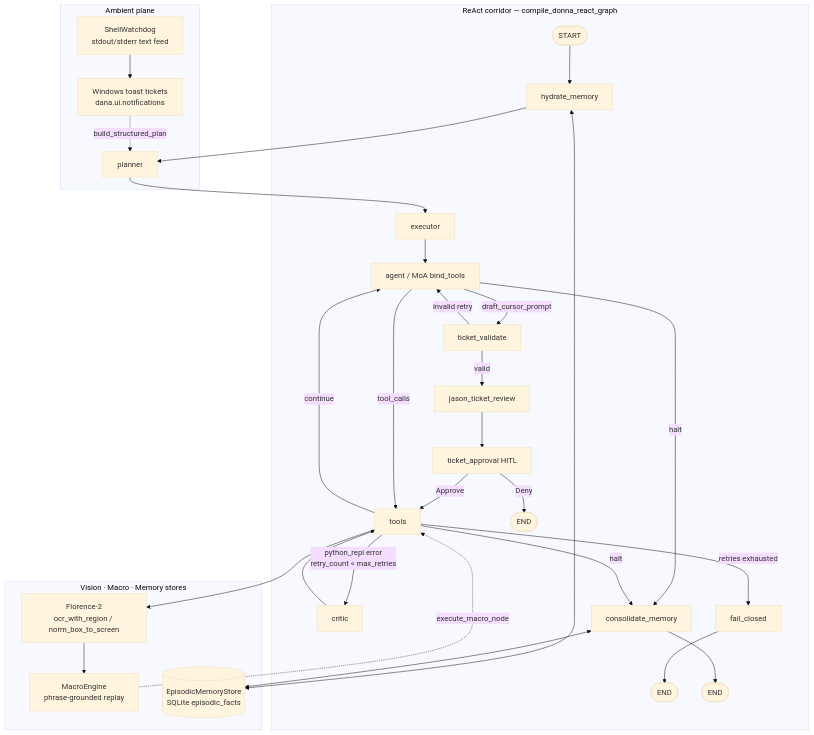
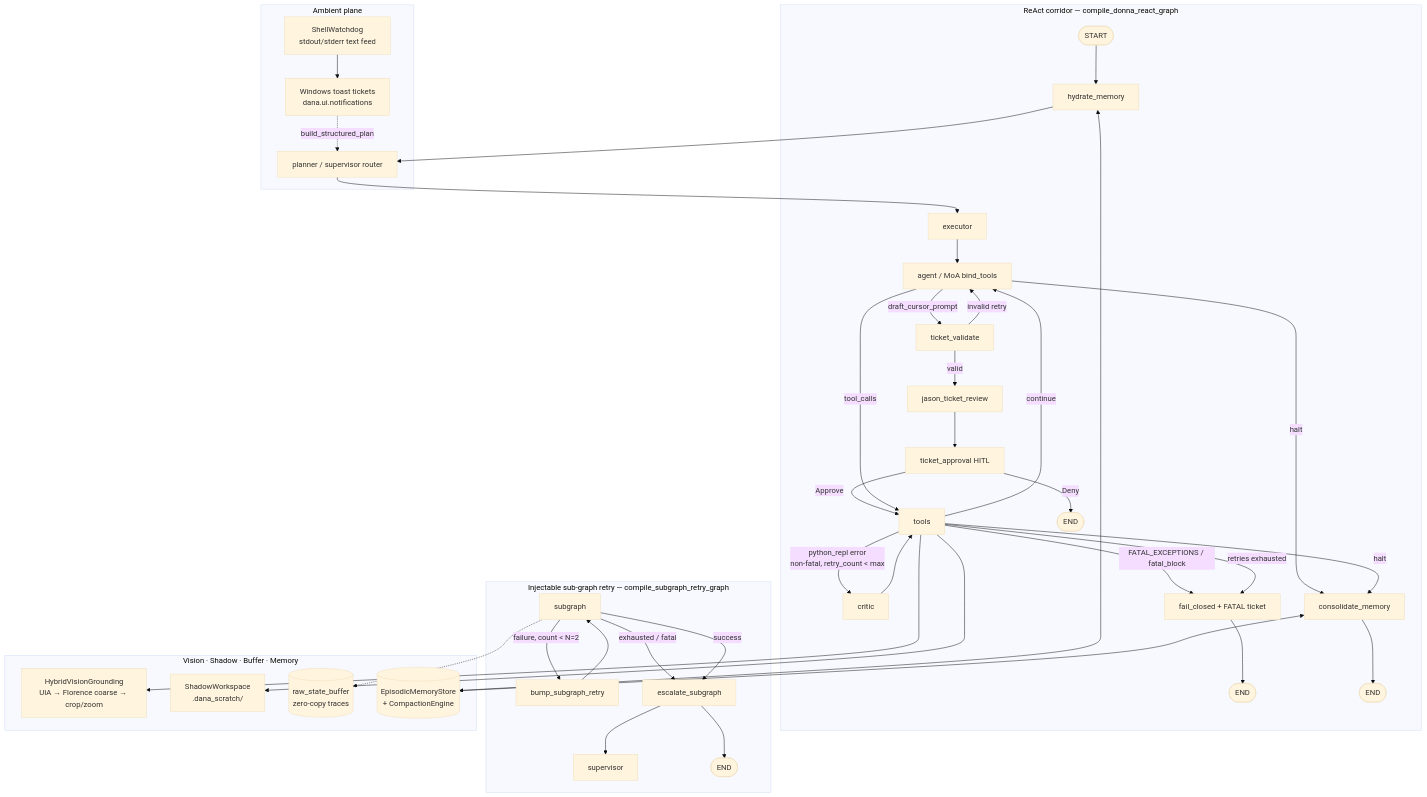
The diagram in docs/WHITE_PAPER.md (Cascade-Router/Dana), drawn with Mermaid (base theme) before and after one commit. The commit also changed other lines of this file and 3 other files, not shown here.

Commit message:
docs: update architectural white paper and README with 5-phase hardening specs and OSWorld benchmarks

````diff
--- a/docs/WHITE_PAPER.md
+++ b/docs/WHITE_PAPER.md
@@ -55,48 +64,60 @@
 ```mermaid
 flowchart TB
   subgraph Ambient["Ambient plane"]
     WD[ShellWatchdog<br/>stdout/stderr text feed]
     TOAST[Windows toast tickets<br/>dana.ui.notifications]
     WD --> TOAST
     TOAST -.->|build_structured_plan| PL
   end
 
   subgraph Corridor["ReAct corridor — compile_donna_react_graph"]
     HM[hydrate_memory]
-    PL[planner]
+    PL[planner / supervisor router]
     EX[executor]
     AG[agent / MoA bind_tools]
     TV[ticket_validate]
     JR[jason_ticket_review]
     TA[ticket_approval HITL]
     TL[tools]
     CR[critic]
-    FC[fail_closed]
+    FC[fail_closed + FATAL ticket]
     CM[consolidate_memory]
 
     START([START]) --> HM --> PL --> EX --> AG
     AG -->|draft_cursor_prompt| TV
     TV -->|valid| JR --> TA
     TV -->|invalid retry| AG
     TA -->|Approve| TL
     TA -->|Deny| END1([END])
     AG -->|tool_calls| TL
-    TL -->|python_repl error<br/>retry_count < max_retries| CR --> TL
-    TL -->|retries exhausted| FC --> END2([END])
+    TL -->|python_repl error<br/>non-fatal, retry_count < max| CR --> TL
+    TL -->|FATAL_EXCEPTIONS / fatal_block| FC --> END2([END])
+    TL -->|retries exhausted| FC
     TL -->|continue| AG
     AG -->|halt| CM --> END3([END])
     TL -->|halt| CM
   end
 
-  subgraph Actuation["Vision · Macro · Memory stores"]
-    FL[Florence-2<br/>ocr_with_region / norm_box_to_screen]
-    ME[MacroEngine<br/>phrase-grounded replay]
-    EM[(EpisodicMemoryStore<br/>SQLite episodic_facts)]
+  subgraph SubGraph["Injectable sub-graph retry — compile_subgraph_retry_graph"]
+    SG[subgraph]
+    BUMP[bump_subgraph_retry]
+    ESC[escalate_subgraph]
+    SUP[supervisor]
+    SG -->|failure, count < N=2| BUMP --> SG
+    SG -->|exhausted / fatal| ESC --> SUP
+    SG -->|success| ESC --> END4([END])
   end
 
-  TL --> FL
-  ME -.->|execute_macro_node| TL
+  subgraph Actuation["Vision · Shadow · Buffer · Memory"]
+    HY[HybridVisionGrounding<br/>UIA → Florence coarse → crop/zoom]
+    SW[ShadowWorkspace<br/>.dana_scratch/]
+    RB[(raw_state_buffer<br/>zero-copy traces)]
+    EM[(EpisodicMemoryStore<br/>+ CompactionEngine)]
+  end
+
+  TL --> HY
+  TL --> SW
+  SG -.-> RB
   HM <--> EM
   CM <--> EM
-  FL --> ME
 ```
````
